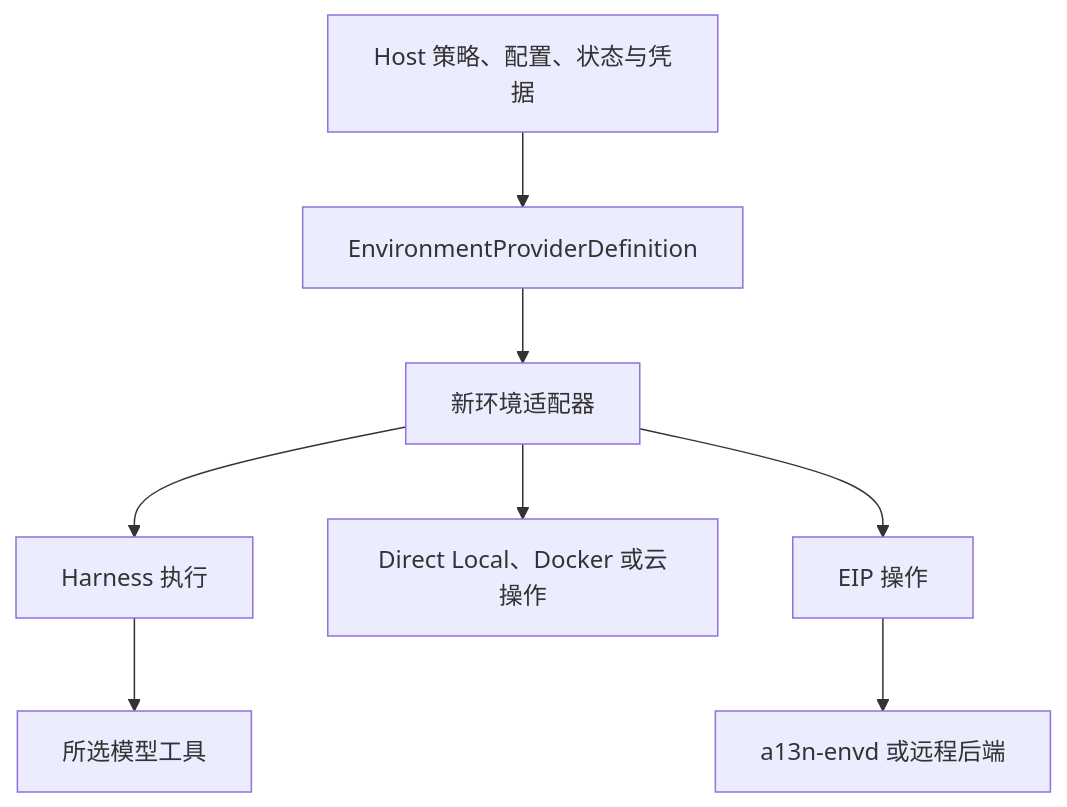
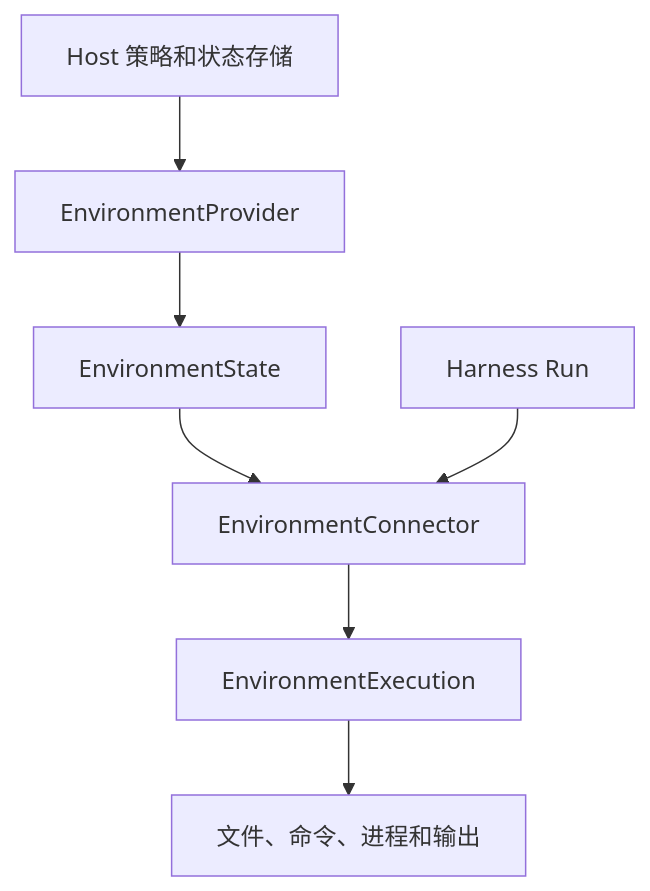
The diagram in docs/environments/index.zh-CN.md (converge-ai-labs/agent-foundation), drawn with Mermaid before and after one commit. The commit also changed other lines of this file and 386 other files, not shown here.

First line of the commit message:
refactor(environment)!: separate management from execution in a standalone library

````diff
--- a/docs/environments/index.zh-CN.md
+++ b/docs/environments/index.zh-CN.md
@@ -57,14 +51,9 @@
 ```mermaid
 flowchart TB
-    Host[Host 策略、配置、状态与凭据] --> Definition[EnvironmentProviderDefinition]
-    Definition --> Environment[新环境适配器]
-    Environment --> Harness[Harness 执行]
-    Harness --> Tools[所选模型工具]
-    Environment --> Direct[Direct Local、Docker 或云操作]
-    Environment --> EIP[EIP 操作]
-    EIP --> Envd[a13n-envd 或远程后端]
-
-    class Host app
-    class Definition,Environment,Harness,Envd a13n
-    class Direct ext
+    Host[Host 策略和状态存储] --> Management[EnvironmentProvider]
+    Management --> State[EnvironmentState]
+    State --> Connector[EnvironmentConnector]
+    Connector --> Execution[EnvironmentExecution]
+    Execution --> Operations[文件、命令、进程和输出]
+    Harness[Harness Run] --> Connector
 ```
````
